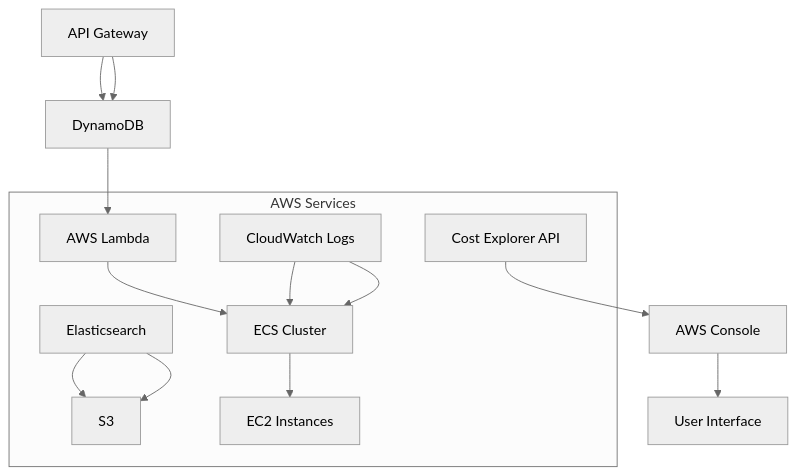
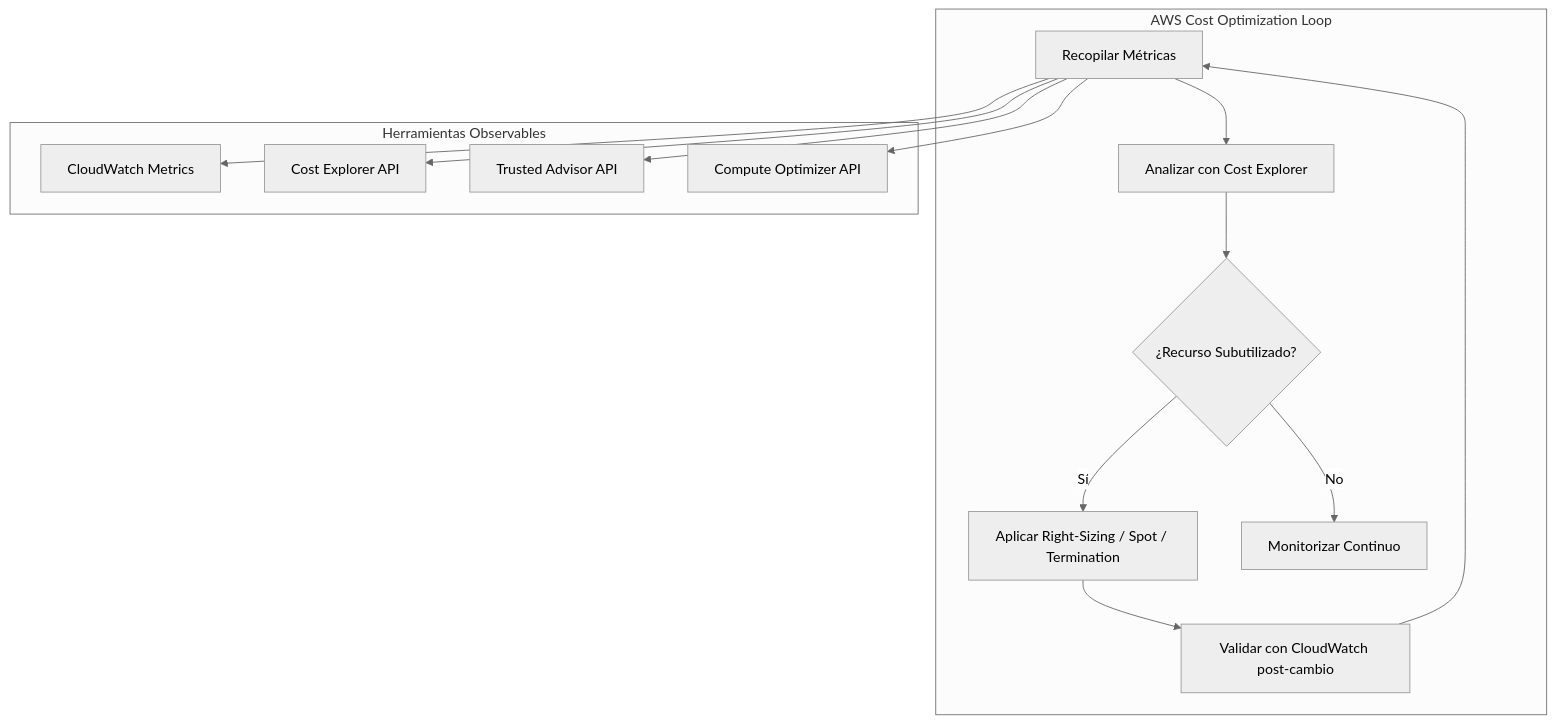
The first of 6 diagrams in _Review/optimizacion_de_costes_en_cloud_aws/optimizacion_de_costes_en_cloud_aws.md (Joaquinriosheredia/DAM-Java-Mastery), drawn with Mermaid (neutral theme) before and after one commit. The commit also changed other lines of this file, not shown here.

Commit message:
optimizacion_de_costes_en_cloud_aws.md

````diff
--- a/_Review/optimizacion_de_costes_en_cloud_aws/optimizacion_de_costes_en_cloud_aws.md
+++ b/_Review/optimizacion_de_costes_en_cloud_aws/optimizacion_de_costes_en_cloud_aws.md
@@ -52,25 +52,20 @@
 ```mermaid
 graph TD
-    A[API Gateway] --> B[DynamoDB]
-    C[Elasticsearch] --> D[S3]
-    B --> E[AWS Lambda]
-    F[ECS Cluster] --> G[EC2 Instances]
-    H[CloudWatch Logs] --> F
-    I[Cost Explorer API] --> J[AWS Console]
-    J --> K[User Interface]
-
-    subgraph AWS Services
-        C
-        D
-        E
-        F
-        G
-        H
-        I
+    subgraph "AWS Cost Optimization Loop"
+        A[Recopilar Métricas] --> B[Analizar con Cost Explorer]
+        B --> C{¿Recurso Subutilizado?}
+        C -- Sí --> D[Aplicar Right-Sizing / Spot / Termination]
+        C -- No --> E[Monitorizar Continuo]
+        D --> F[Validar con CloudWatch post-cambio]
+        F --> A
     end
-
-    A --> B
-    C --> D
-    E --> F
-    H --> F
+    
+    subgraph "Herramientas Observables"
+        G[CloudWatch Metrics]
+        H[Cost Explorer API]
+        I[Trusted Advisor API]
+        J[Compute Optimizer API]
+    end
+    
+    A --> G & H & I & J
 ```
````
